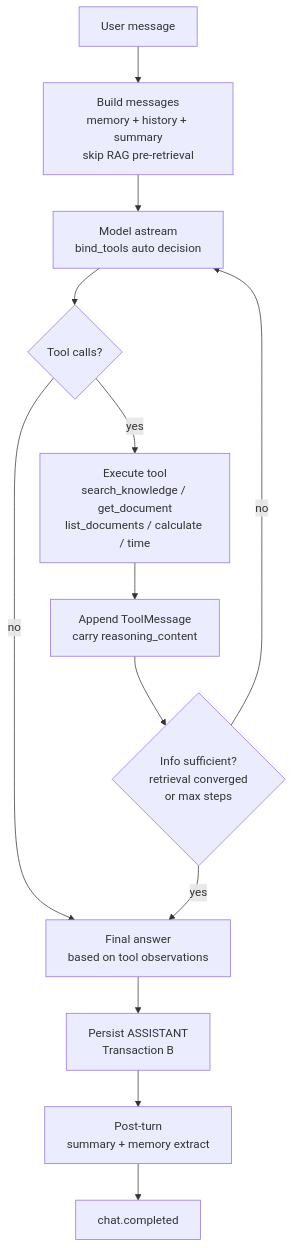
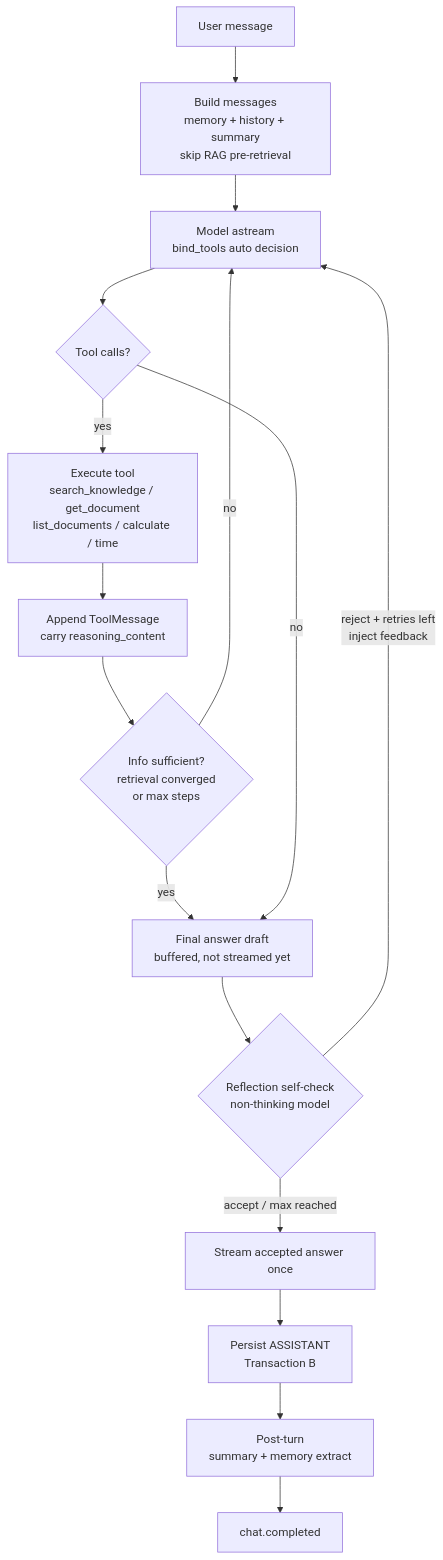
Before and after one commit to KevinDeng-0411/CodeAware: the fourth of 5 diagrams in README.md, drawn with Mermaid. The commit also changed 1 other file, not shown here.

Commit message:
docs: Agent 模式流程图补 Reflection 自评分支（接受/拒绝→再生成）

````diff
--- a/README.md
+++ b/README.md
@@ -249,15 +249,18 @@
 ```mermaid
 flowchart TD
     A[User message] --> B[Build messages<br/>memory + history + summary<br/>skip RAG pre-retrieval]
     B --> C[Model astream<br/>bind_tools auto decision]
     C --> D{Tool calls?}
-    D -->|no| E[Final answer<br/>based on tool observations]
     D -->|yes| F[Execute tool<br/>search_knowledge / get_document<br/>list_documents / calculate / time]
     F --> G[Append ToolMessage<br/>carry reasoning_content]
     G --> H{Info sufficient?<br/>retrieval converged<br/>or max steps}
     H -->|no| C
     H -->|yes| E
-    E --> I[Persist ASSISTANT<br/>Transaction B]
-    I --> J[Post-turn<br/>summary + memory extract]
-    J --> K[chat.completed]
+    D -->|no| E[Final answer draft<br/>buffered, not streamed yet]
+    E --> R{Reflection self-check<br/>non-thinking model}
+    R -->|reject + retries left<br/>inject feedback| C
+    R -->|accept / max reached| I[Stream accepted answer once]
+    I --> J[Persist ASSISTANT<br/>Transaction B]
+    J --> K[Post-turn<br/>summary + memory extract]
+    K --> L[chat.completed]
 ```
````
